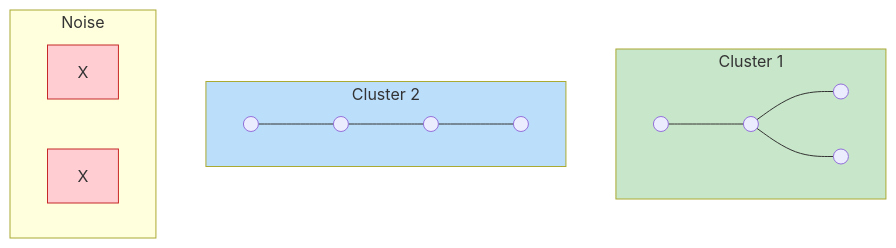
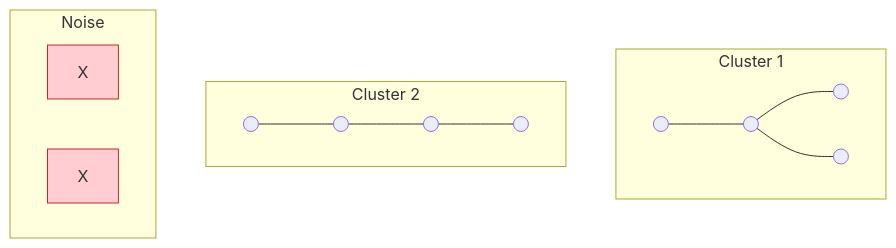
One commit to antonprafanto/dasarAI2026 changed the sixth of 7 diagrams in bab-07-clustering.md. Above: the diagram before and after it, drawn with Mermaid. The commit also changed other lines of this file and 8 other files, not shown here.

Commit message:
Fix: Remove custom Mermaid styling for better dark mode visibility

````diff
--- a/bab-07-clustering.md
+++ b/bab-07-clustering.md
@@ -405,21 +394,19 @@
 ```mermaid
 graph TD
     subgraph Cluster1 [Cluster 1]
         A1(( )) --- A2(( )) --- A3(( ))
         A2 --- A4(( ))
-        style Cluster1 fill:#c8e6c9
     end
 
     subgraph Cluster2 [Cluster 2]
         B1(( )) --- B2(( ))
         B2 --- B3(( )) --- B4(( ))
-        style Cluster2 fill:#bbdefb
     end
 
     subgraph Outliers [Noise]
         N1[X]:::noise
         N2[X]:::noise
     end
 
     classDef noise fill:#ffcdd2,stroke:#c62828;
 ```
````
